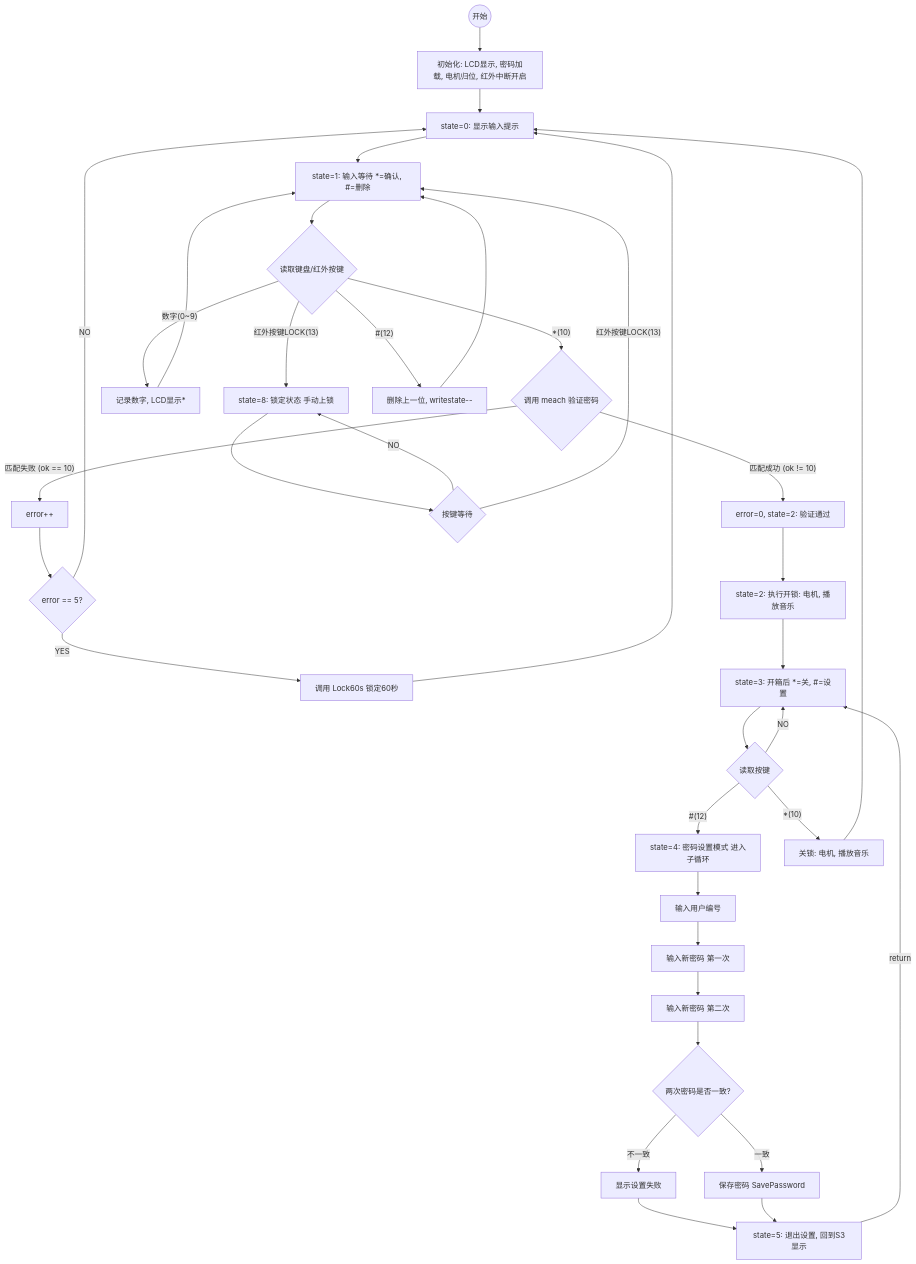
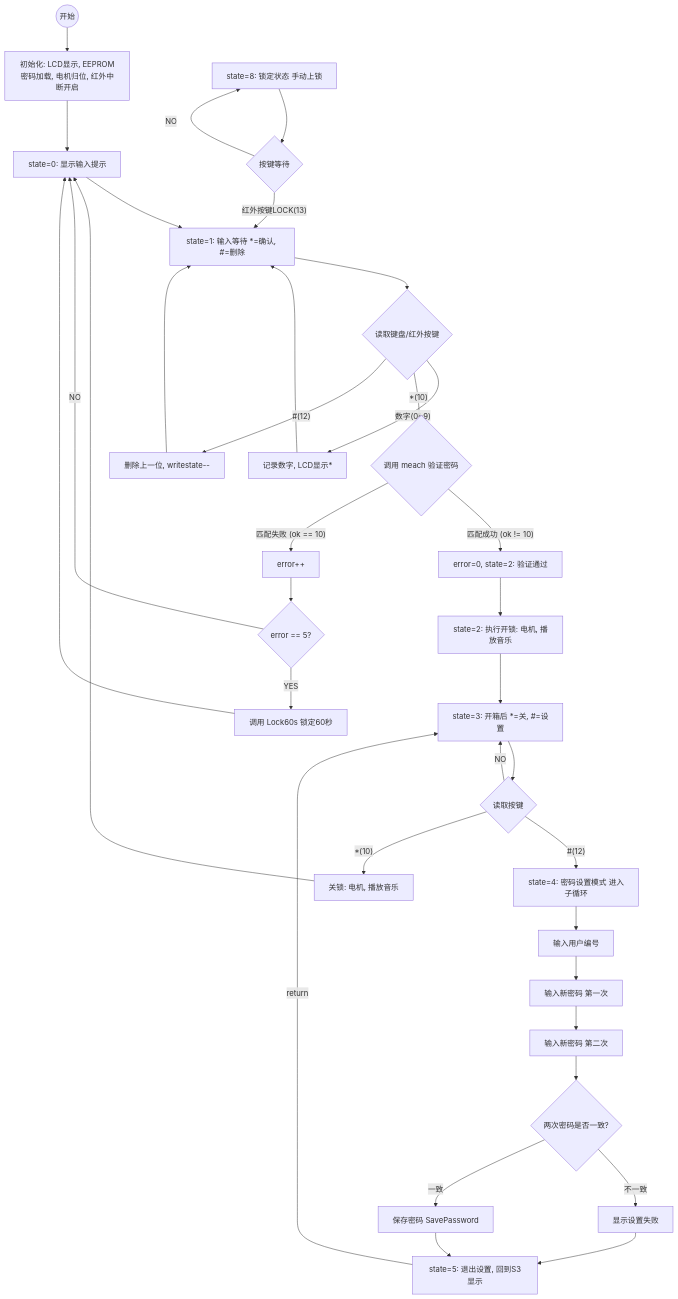
The diagram in all/未命名-2.md (ksxyh-22/iodraw-files), drawn with Mermaid before and after one commit.

Commit message:
2025-10-11 11:22:45 update

````diff
--- a/all/未命名-2.md
+++ b/all/未命名-2.md
@@ -1,78 +1,77 @@
 ```mermaid
 graph TD
     %% 状态机主流程
-    START((开始)) --> INIT[初始化: LCD显示, 密码加载, 电机归位, 红外中断开启];
+    START((开始)) --> INIT[初始化: LCD显示, EEPROM密码加载, 电机归位, 红外中断开启];
     INIT --> S0[state=0: 显示输入提示];
 
     %% 状态 1: 密码输入与验证 (主流程)
     S0 --> S1[state=1: 输入等待 *=确认, #=删除];
     
     S1 --> INPUT{读取键盘/红外按键};
     
    
 
     
-    %% 手动锁定 (分支到右侧)
-    INPUT -- 红外按键LOCK(13) --> S8;
+    
     
      %% 处理输入分支
     INPUT -- 数字(0~9) --> DIGIT[记录数字, LCD显示*];
     DIGIT --> S1;
 
 
 
     %% 验证分支
     INPUT -- *(10) --> VERIFY{调用 meach 验证密码};
 
     INPUT -- #(12) --> DELETE[删除上一位, writestate--];
     DELETE --> S1;
 
     
     VERIFY -- 匹配成功 (ok != 10) --> S2_SUCCESS[error=0, state=2: 验证通过];
     
     %% 失败和错误处理 (分支到右侧)
     VERIFY -- 匹配失败 (ok == 10) --> ERROR_COUNT[error++];
     
     ERROR_COUNT --> CHECK_ERRORS{error == 5?};
     
     CHECK_ERRORS -- NO --> S0;
 
     CHECK_ERRORS -- YES --> LOCK_60s[调用 Lock60s 锁定60秒];
     LOCK_60s --> S0;
 
     %% 状态 2, 3, 5: 开锁后的操作 (主流程)
     S2_SUCCESS --> S2_OPEN[state=2: 执行开锁: 电机, 播放音乐];
     S2_OPEN --> S3[state=3: 开箱后 *=关, #=设置];
 
     S3 --> POST_KEY{读取按键};
     
     POST_KEY -- NO --> S3;
     
     POST_KEY -- #(12) --> S4[state=4: 密码设置模式 进入子循环];
 
     POST_KEY -- *(10) --> S3_CLOSE[关锁: 电机, 播放音乐];
     S3_CLOSE --> S0;
     
     
 
     %% 状态 4: 密码设置 (子流程)
     S4 --> S4_USER[输入用户编号];
     S4_USER --> S4_PASS1[输入新密码 第一次];
     S4_PASS1 --> S4_PASS2[输入新密码 第二次];
 
     S4_PASS2 --> S4_CHECK{两次密码是否一致?};
     
     S4_CHECK -- 不一致 --> S4_FAIL[显示设置失败];
     S4_FAIL --> S5[state=5: 退出设置, 回到S3显示];
 
     S4_CHECK -- 一致 --> S4_SAVE[保存密码 SavePassword];
     S4_SAVE --> S5;
     
     S5 -- return --> S3; 
     
     %% 状态 8: 锁定状态 (独立循环)
     S8[state=8: 锁定状态 手动上锁] --> S8_WAIT{按键等待};
     
     S8_WAIT -- NO --> S8;
     S8_WAIT -- 红外按键LOCK(13) --> S1;
 ```
````
